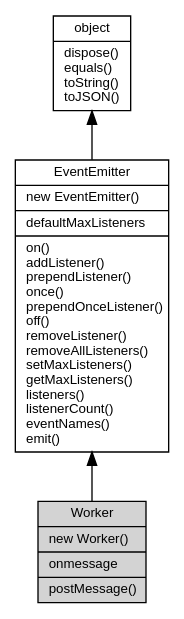
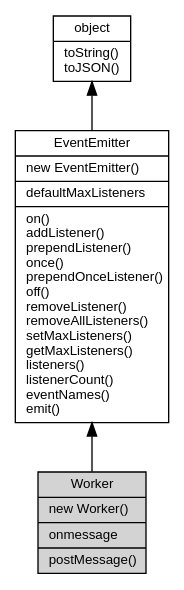
Before and after one commit to asionius/fibjs-ceph: the diagram in docs/object/ifs/Worker.md, drawn with Graphviz. The commit also changed other lines of this file and 138 other files, not shown here.

````diff
--- a/docs/object/ifs/Worker.md
+++ b/docs/object/ifs/Worker.md
@@ -5,12 +5,12 @@
 ```dot
 digraph {
     node [fontname="Helvetica,sans-Serif", fontsize=10, shape="record", style="filled", fillcolor="white"];
 
-    object [tooltip="object", URL="object.md", label="{object|dispose()\lequals()\ltoString()\ltoJSON()\l}"];
+    object [tooltip="object", URL="object.md", label="{object|toString()\ltoJSON()\l}"];
     EventEmitter [tooltip="EventEmitter", URL="EventEmitter.md", label="{EventEmitter|new EventEmitter()\l|defaultMaxListeners\l|on()\laddListener()\lprependListener()\lonce()\lprependOnceListener()\loff()\lremoveListener()\lremoveAllListeners()\lsetMaxListeners()\lgetMaxListeners()\llisteners()\llistenerCount()\leventNames()\lemit()\l}"];
-    Worker [tooltip="Worker", fillcolor="lightgray", label="{Worker|new Worker()\l|onmessage\l|postMessage()\l}"];
+    Worker [tooltip="Worker", fillcolor="lightgray", id="me", label="{Worker|new Worker()\l|onmessage\l|postMessage()\l}"];
 
     object -> EventEmitter [dir=back];
     EventEmitter -> Worker [dir=back];
 }
 ```
````
